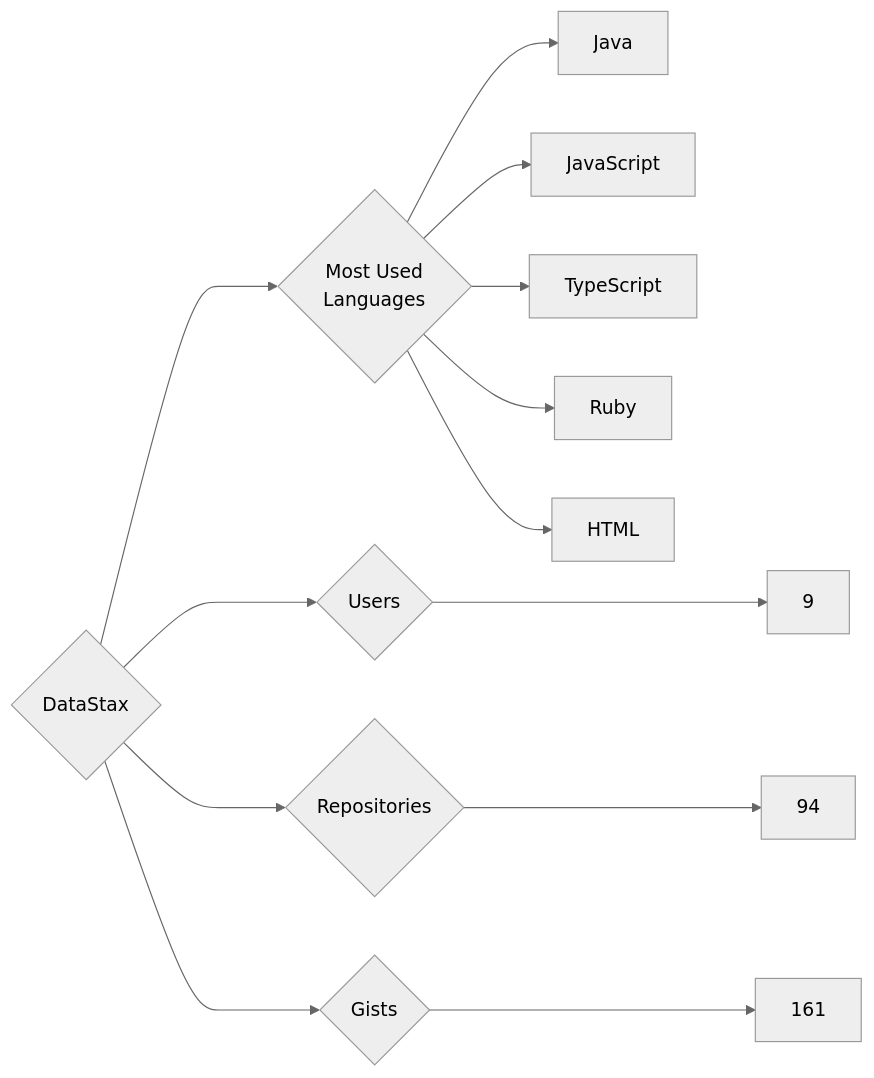
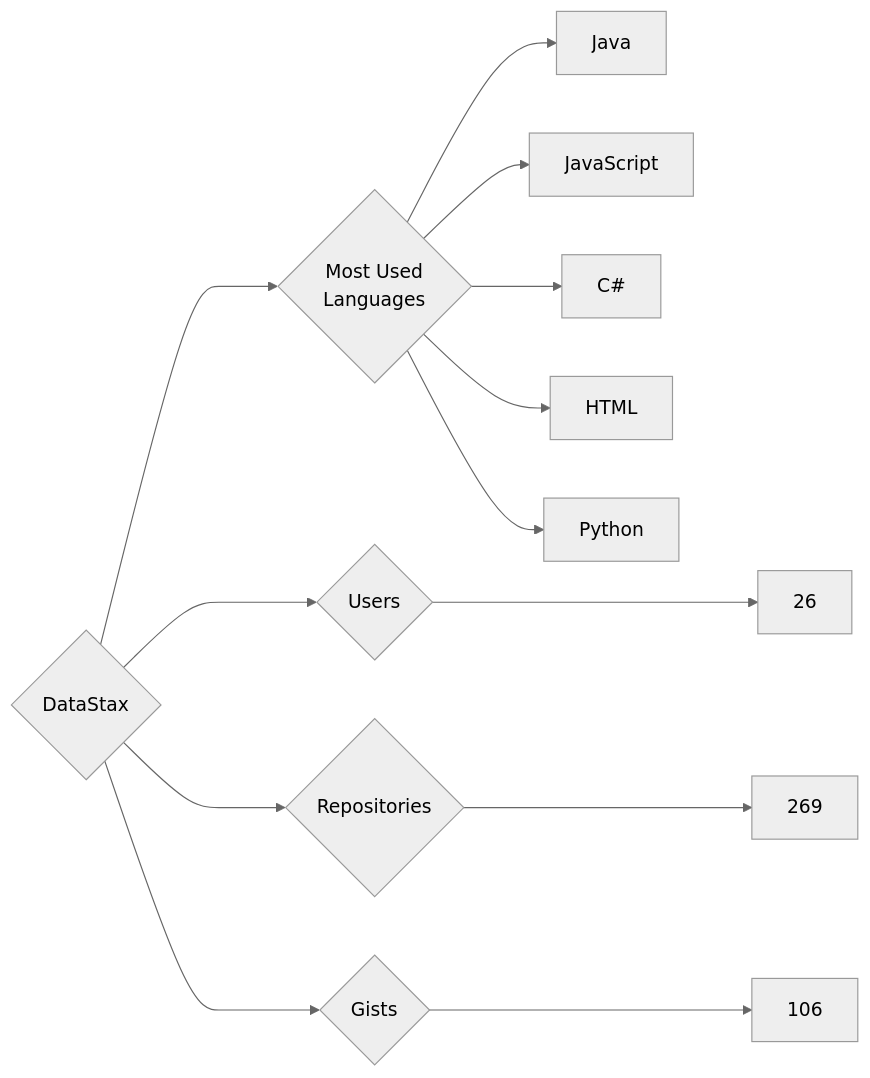
One commit to trickest/insiders changed the diagram in targets/DataStax/README.md. Above: the diagram before and after it, drawn with Mermaid (neutral theme). The commit also changed 847 other files, not shown here.

````diff
--- a/targets/DataStax/README.md
+++ b/targets/DataStax/README.md
@@ -3,13 +3,13 @@
 ```mermaid
 graph LR
 COMPANY_NAME{DataStax}
-COMPANY_NAME ---> U{Users} ---> UN[9]
-COMPANY_NAME ---> R{Repositories} ---> RN[94]
-COMPANY_NAME ---> G{Gists} ---> GN[161]
+COMPANY_NAME ---> U{Users} ---> UN[26]
+COMPANY_NAME ---> R{Repositories} ---> RN[269]
+COMPANY_NAME ---> G{Gists} ---> GN[106]
 COMPANY_NAME ---> ML{Most Used<br>Languages}
 ML --> Java[Java]
 ML --> JavaScript[JavaScript]
-ML --> TypeScript[TypeScript]
-ML --> Ruby[Ruby]
+ML --> C#[C#]
 ML --> HTML[HTML]
+ML --> Python[Python]
 ```
````
